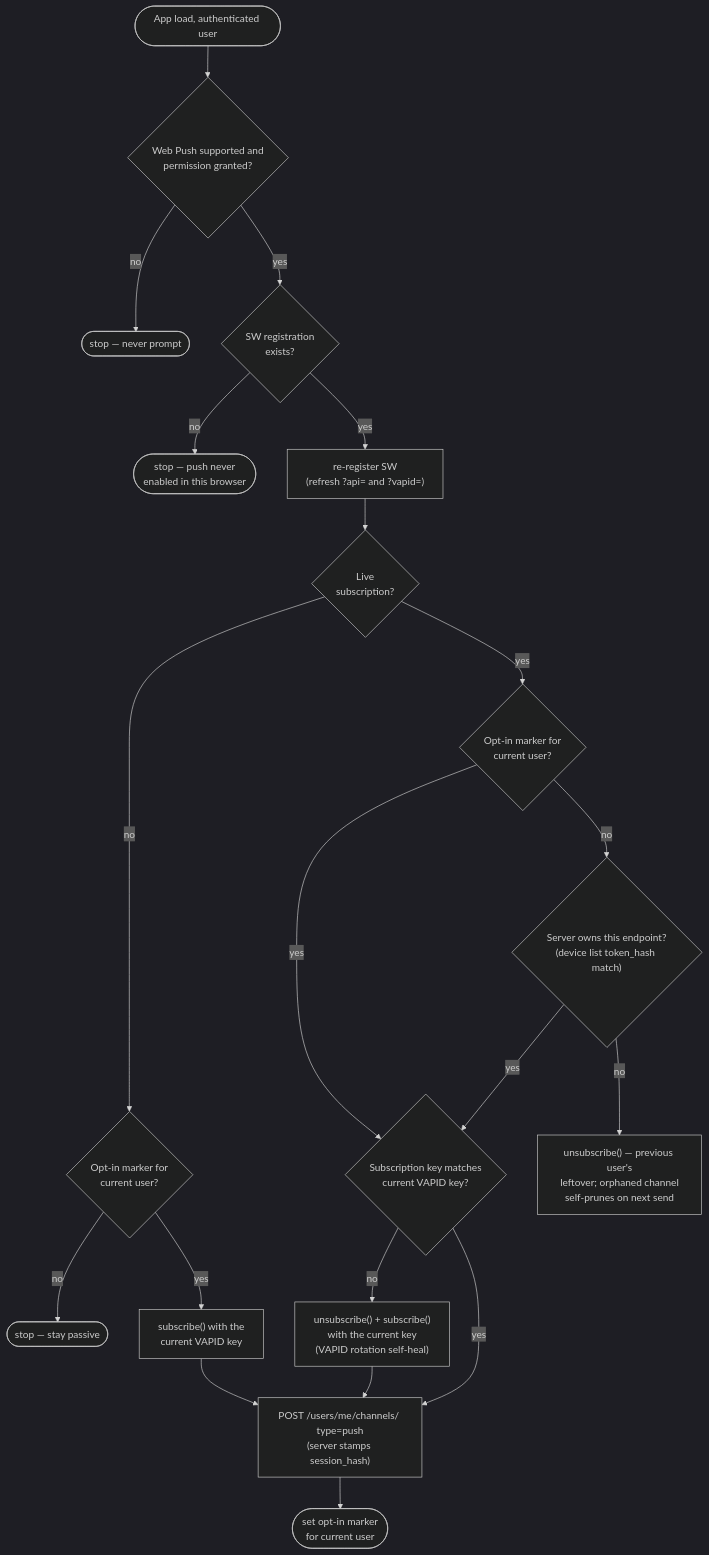
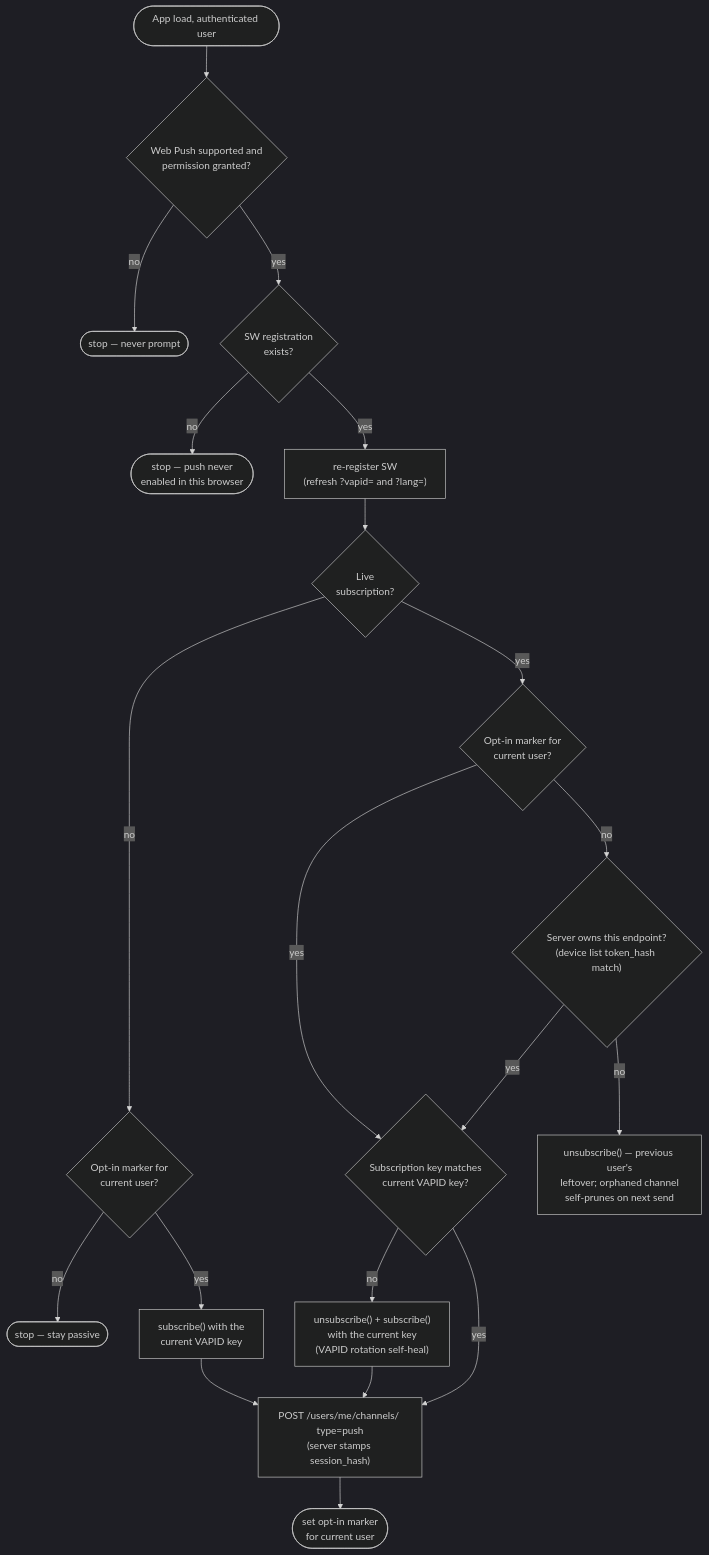
The second of 2 diagrams in docs/push-notifications.md (suitenumerique/messages), drawn with Mermaid (dark theme) before and after one commit. The commit also changed other lines of this file and 38 other files, not shown here.

````diff
--- a/docs/push-notifications.md
+++ b/docs/push-notifications.md
@@ -624,24 +645,24 @@
 ```mermaid
 flowchart TD
     LOAD(["App load, authenticated user"]) --> SUP{"Web Push supported and<br/>permission granted?"}
     SUP -- no --> S1(["stop — never prompt"])
     SUP -- yes --> REG{"SW registration<br/>exists?"}
     REG -- no --> S2(["stop — push never<br/>enabled in this browser"])
-    REG -- yes --> RR["re-register SW<br/>(refresh ?api= and ?vapid=)"]
+    REG -- yes --> RR["re-register SW<br/>(refresh ?vapid= and ?lang=)"]
     RR --> SUB{"Live<br/>subscription?"}
 
     SUB -- no --> MK1{"Opt-in marker for<br/>current user?"}
     MK1 -- no --> S3(["stop — stay passive"])
     MK1 -- yes --> NEW["subscribe() with the<br/>current VAPID key"]
 
     SUB -- yes --> MK2{"Opt-in marker for<br/>current user?"}
     MK2 -- yes --> ROT
     MK2 -- no --> OWN{"Server owns this endpoint?<br/>(device list token_hash match)"}
     OWN -- yes --> ROT{"Subscription key matches<br/>current VAPID key?"}
     OWN -- no --> TEAR["unsubscribe() — previous user's<br/>leftover; orphaned channel<br/>self-prunes on next send"]
     ROT -- no --> RESUB["unsubscribe() + subscribe()<br/>with the current key<br/>(VAPID rotation self-heal)"]
     ROT -- yes --> POST
     RESUB --> POST
     NEW --> POST["POST /users/me/channels/ type=push<br/>(server stamps session_hash)"]
     POST --> MARK(["set opt-in marker<br/>for current user"])
 ```
````
